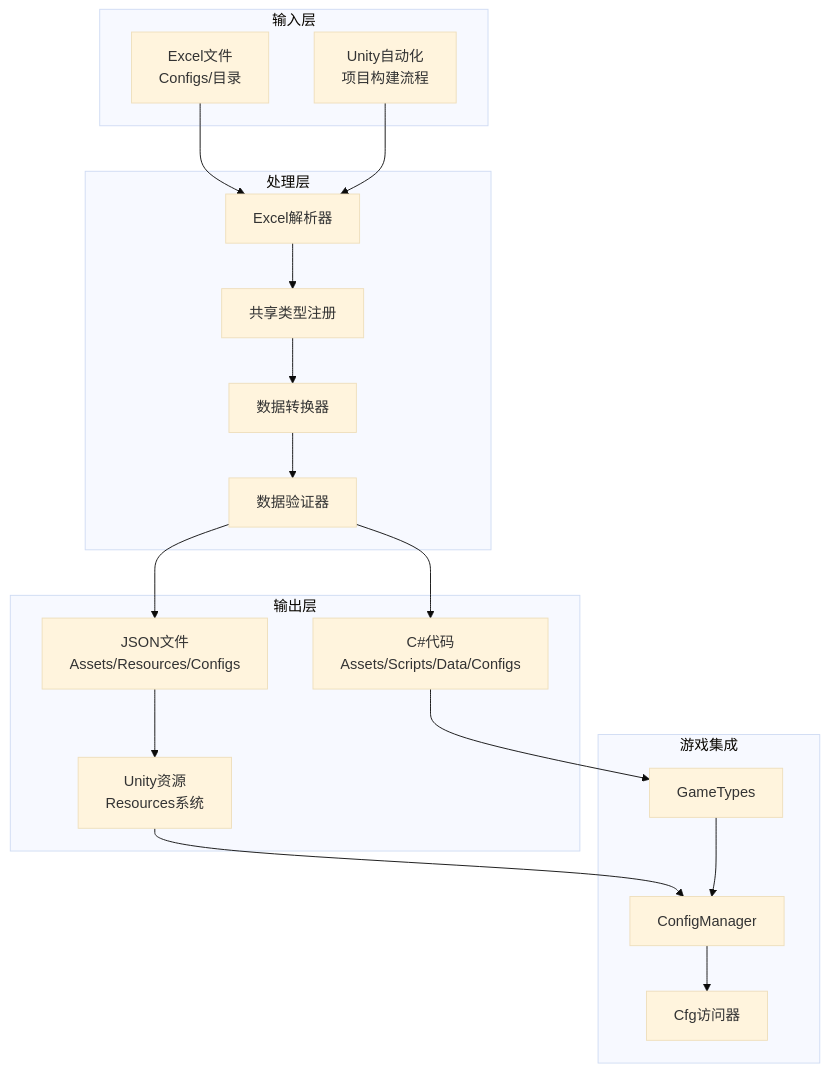
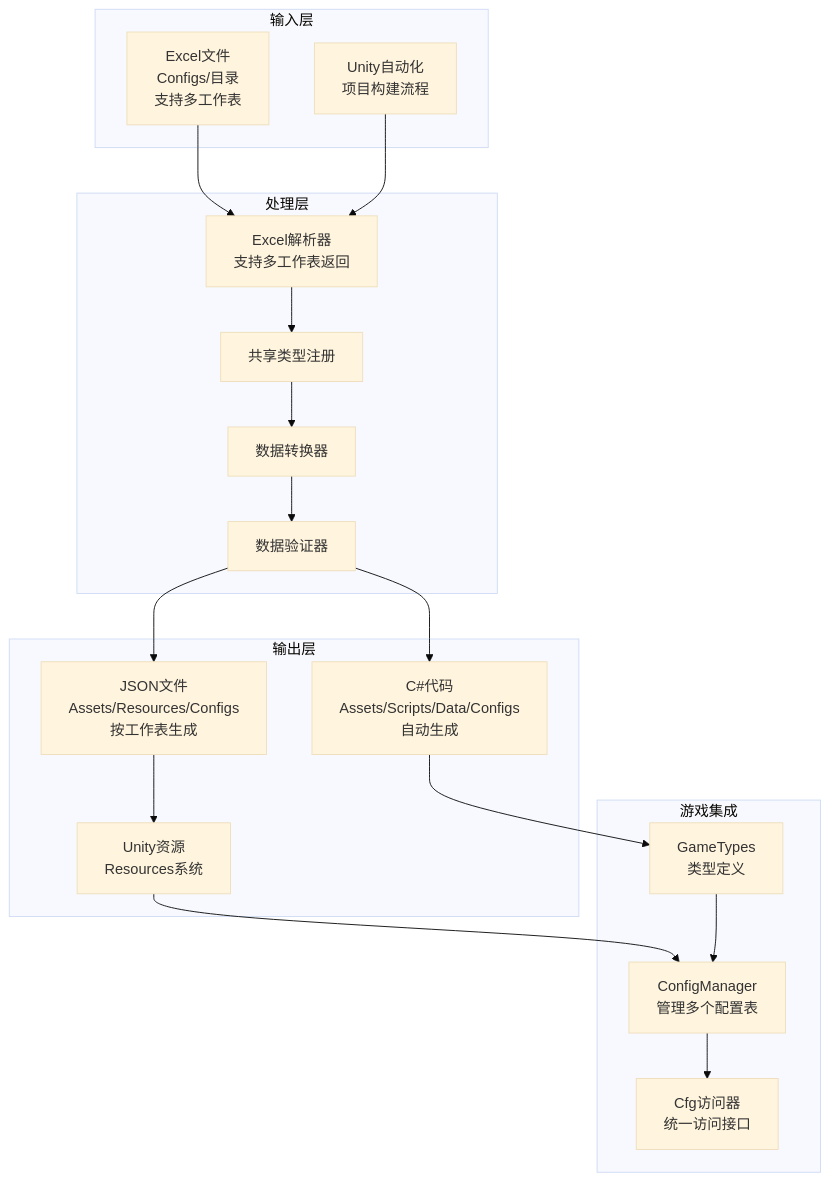
The third of 11 diagrams in .qoder/repowiki/zh/content/核心架构/数据生成工具.md (Tuusen/p1_client), drawn with Mermaid (base theme) before and after one commit. The commit also changed other lines of this file and 40 other files, not shown here.

````diff
--- a/.qoder/repowiki/zh/content/核心架构/数据生成工具.md
+++ b/.qoder/repowiki/zh/content/核心架构/数据生成工具.md
@@ -130,35 +131,35 @@
 ```mermaid
 graph TB
 subgraph "输入层"
-EXCEL[Excel文件<br/>Configs/目录]
+EXCEL[Excel文件<br/>Configs/目录<br/>支持多工作表]
 AUTOMATION[Unity自动化<br/>项目构建流程]
 end
 subgraph "处理层"
-PARSER[Excel解析器]
+PARSER[Excel解析器<br/>支持多工作表返回]
 CONVERTER[数据转换器]
 VALIDATOR[数据验证器]
 SHARED_TYPES[共享类型注册]
 end
 subgraph "输出层"
-JSON_OUT[JSON文件<br/>Assets/Resources/Configs]
-CS_OUT[C#代码<br/>Assets/Scripts/Data/Configs]
+JSON_OUT[JSON文件<br/>Assets/Resources/Configs<br/>按工作表生成]
+CS_OUT[C#代码<br/>Assets/Scripts/Data/Configs<br/>自动生成]
 RESOURCES[Unity资源<br/>Resources系统]
 end
 subgraph "游戏集成"
-CONFIG_MANAGER[ConfigManager]
-CFG_ACCESSOR[Cfg访问器]
-GAME_TYPES[GameTypes]
+CONFIG_MANAGER[ConfigManager<br/>管理多个配置表]
+CFG_ACCESSOR[Cfg访问器<br/>统一访问接口]
+GAME_TYPES[GameTypes<br/>类型定义]
 end
 EXCEL --> PARSER
 PARSER --> SHARED_TYPES
 SHARED_TYPES --> CONVERTER
 CONVERTER --> VALIDATOR
 VALIDATOR --> JSON_OUT
 VALIDATOR --> CS_OUT
 JSON_OUT --> RESOURCES
 CS_OUT --> GAME_TYPES
 RESOURCES --> CONFIG_MANAGER
 GAME_TYPES --> CONFIG_MANAGER
 CONFIG_MANAGER --> CFG_ACCESSOR
 AUTOMATION --> PARSER
 ```
````
